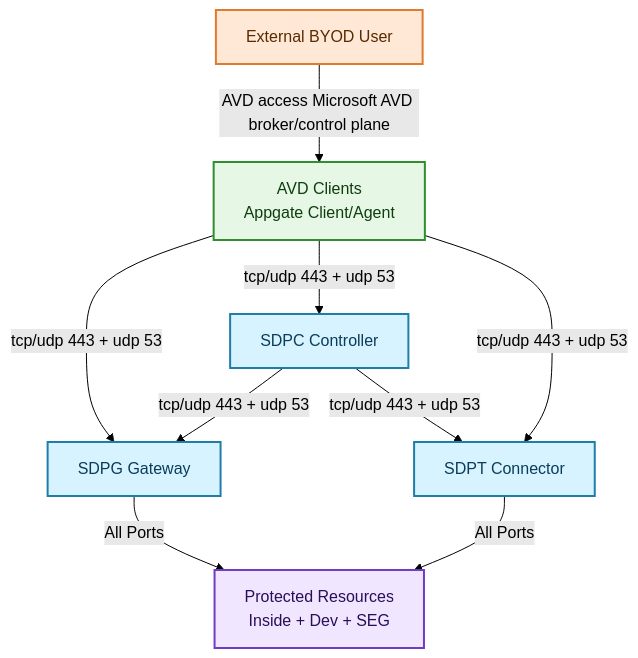
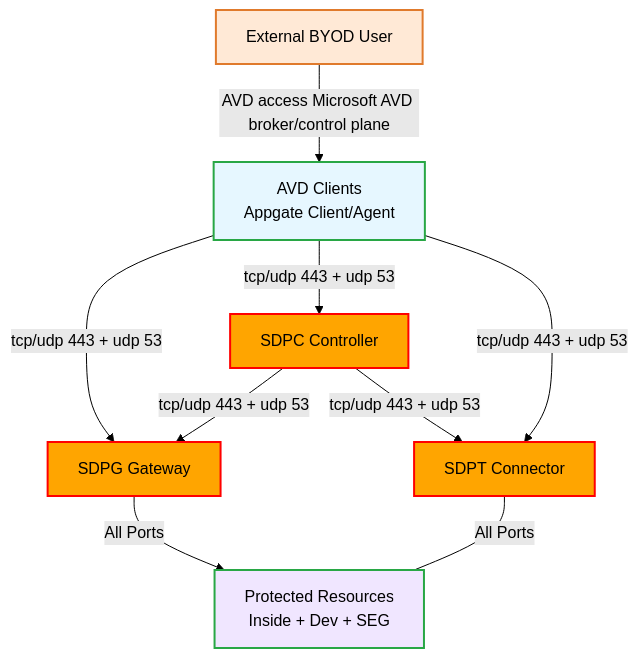
Before and after one commit to cantrellr/vyos-appgate-dren-lab: the diagram in diagrams/appgate-flows.mmd, drawn with Mermaid (forest theme). The commit also changed 1 other file, not shown here.

Commit message:
Refactor AppGate flowchart to enhance clarity and update class definitions

```diff
--- a/diagrams/appgate-flows.mmd
+++ b/diagrams/appgate-flows.mmd
@@ -1,31 +1,31 @@
 flowchart TB
   BYOD[External BYOD User]
   AVD[AVD Clients<br>Appgate Client/Agent]
   GW1[SDPG Gateway]
   GW2[SDPT Connector]
   CTRL[SDPC Controller]
   PR[Protected Resources<br>Inside + Dev + SEG]
 
   BYOD -->|AVD access Microsoft AVD broker/control plane| AVD
   AVD -->|tcp/udp 443 + udp 53| CTRL
   AVD -->|tcp/udp 443 + udp 53| GW1
   CTRL -->|tcp/udp 443 + udp 53| GW1
   CTRL -->|tcp/udp 443 + udp 53| GW2
   AVD -->|tcp/udp 443 + udp 53| GW2
   GW1 -->|All Ports| PR
-  GW2 -->|All Ports| PR
+  GW2 ---|All Ports| PR
 
-  class CTRL,GW1,GW2 sdp
-  classDef sdp fill:#d7f3ff,stroke:#1f7ea8,stroke-width:2px,color:#0b3d59
+  class CTRL,GW1,GW2 sdpc
+  classDef sdpc fill:#FFA500,stroke:#FF0000,stroke-width:2px,color:#000000
 
   class BYOD enduser
-  classDef enduser fill:#ffe9d6,stroke:#e07a2c,stroke-width:2px,color:#5a2a00
+  classDef enduser fill:#ffe9d6,stroke:#e07a2c,stroke-width:2px,color:#000000
 
   class AVD client
-  classDef client fill:#e6f7e6,stroke:#2f8f2f,stroke-width:2px,color:#0f3d0f
+  classDef client fill:#e6f7ff,stroke:#28a745,stroke-width:2px,color:#000000
 
-  class PR,DOMAIN,DEV,SEG sdpg
-  classDef sdpg fill:#f0e6ff,stroke:#6f3cc3,stroke-width:2px,color:#2a0e5a
+  class PR,DOMAIN,DEV,SEG sdpgsvc
+  classDef sdpgsvc fill:#f0e6ff,stroke:#28a745,stroke-width:2px,color:#000000
 
-  class DOMSVC,DEVSVC,HWIL sdpt
-  classDef sdpt fill:#f1f700,stroke:#6f3cc3,stroke-width:2px,color:#2a0e5a
+  class DOMSVC,DEVSVC,HWIL sdptsvc
+  classDef sdptsvc fill:#f1f700,stroke:#28a745,stroke-width:2px,color:#000000
```
